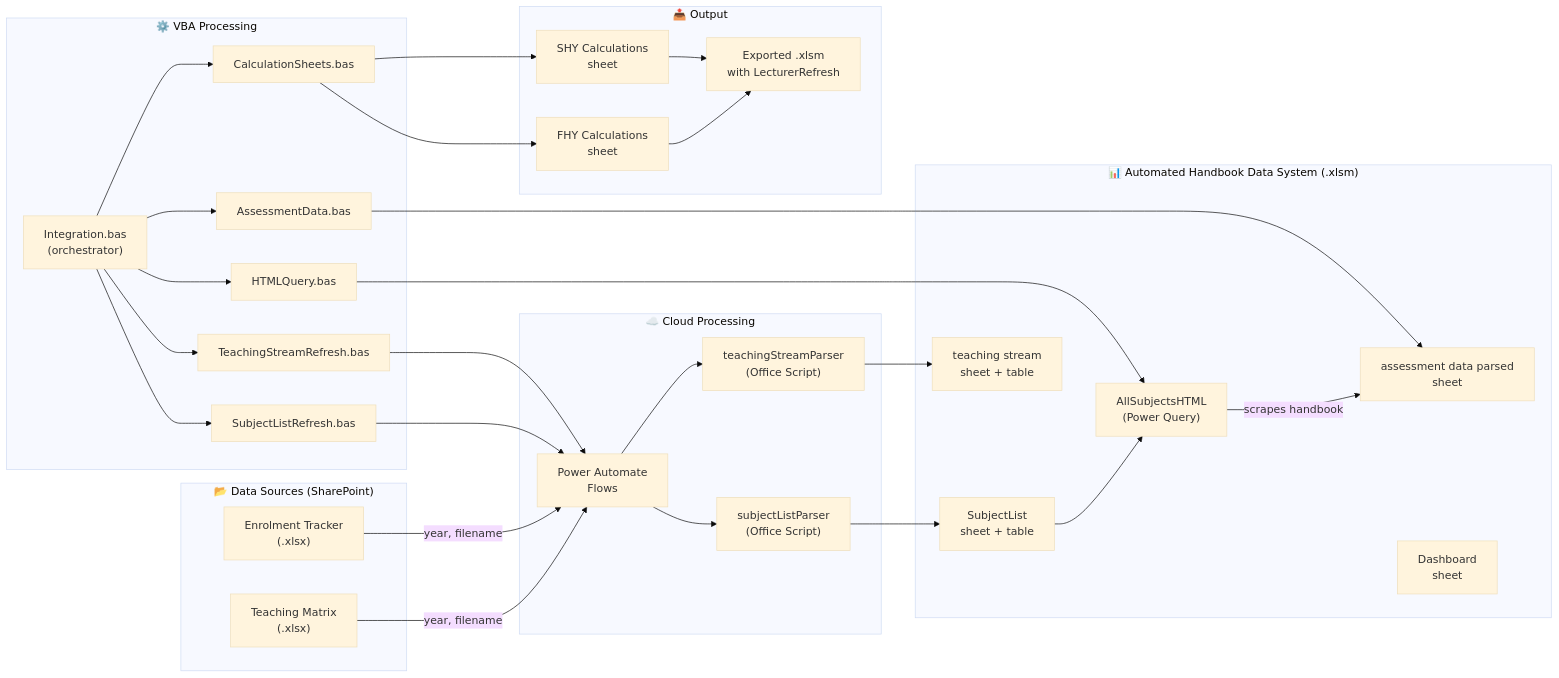
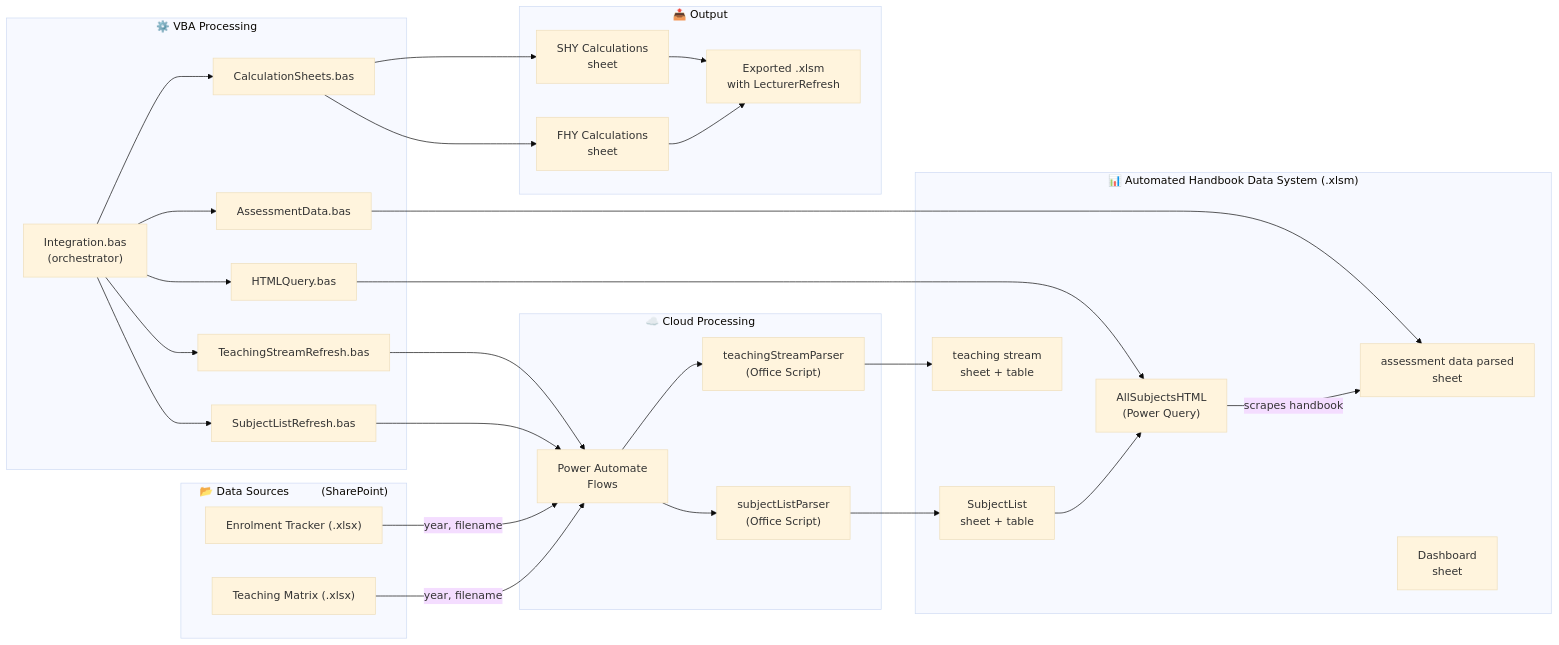
Before and after one commit to arthurtheprogrammer/auto-handbook-system: the diagram in README.md, drawn with Mermaid (base theme). The commit also changed other lines of this file, not shown here.

Commit message:
Fix README: Mermaid line breaks, widen data sources, remove OKR status col, update repo structure

````diff
--- a/README.md
+++ b/README.md
@@ -20,58 +20,58 @@
 ```mermaid
 flowchart LR
-    subgraph Sources["📂 Data Sources (SharePoint)"]
-        ET["Enrolment Tracker\n(.xlsx)"]
-        TM["Teaching Matrix\n(.xlsx)"]
+    subgraph Sources["📂 Data Sources &emsp; &emsp; (SharePoint)"]
+        ET["Enrolment Tracker (.xlsx)"]
+        TM["Teaching Matrix (.xlsx)"]
     end
 
     subgraph Cloud["☁️ Cloud Processing"]
-        PA["Power Automate\nFlows"]
-        OS1["subjectListParser\n(Office Script)"]
-        OS2["teachingStreamParser\n(Office Script)"]
+        PA["Power Automate<br>Flows"]
+        OS1["subjectListParser<br>(Office Script)"]
+        OS2["teachingStreamParser<br>(Office Script)"]
     end
 
     subgraph Workbook["📊 Automated Handbook Data System (.xlsm)"]
-        SL["SubjectList\nsheet + table"]
-        TS["teaching stream\nsheet + table"]
-        PQ["AllSubjectsHTML\n(Power Query)"]
-        AD["assessment data parsed\nsheet"]
-        DB["Dashboard\nsheet"]
+        SL["SubjectList<br>sheet + table"]
+        TS["teaching stream<br>sheet + table"]
+        PQ["AllSubjectsHTML<br>(Power Query)"]
+        AD["assessment data parsed<br>sheet"]
+        DB["Dashboard<br>sheet"]
     end
 
     subgraph VBA["⚙️ VBA Processing"]
-        INT["Integration.bas\n(orchestrator)"]
+        INT["Integration.bas<br>(orchestrator)"]
         SLR["SubjectListRefresh.bas"]
         TSR["TeachingStreamRefresh.bas"]
         HQ["HTMLQuery.bas"]
         ADP["AssessmentData.bas"]
         CS["CalculationSheets.bas"]
     end
 
     subgraph Output["📤 Output"]
-        FHY["FHY Calculations\nsheet"]
-        SHY["SHY Calculations\nsheet"]
-        EXP["Exported .xlsm\nwith LecturerRefresh"]
+        FHY["FHY Calculations<br>sheet"]
+        SHY["SHY Calculations<br>sheet"]
+        EXP["Exported .xlsm<br>with LecturerRefresh"]
     end
 
     ET -->|"year, filename"| PA
     TM -->|"year, filename"| PA
     PA --> OS1
     PA --> OS2
     OS1 --> SL
     OS2 --> TS
     SL --> PQ
     PQ -->|"scrapes handbook"| AD
     INT --> SLR
     INT --> TSR
     SLR --> PA
     TSR --> PA
     INT --> HQ
     HQ --> PQ
     INT --> ADP
     ADP --> AD
     INT --> CS
     CS --> FHY
     CS --> SHY
     FHY --> EXP
     SHY --> EXP
 ```
````
